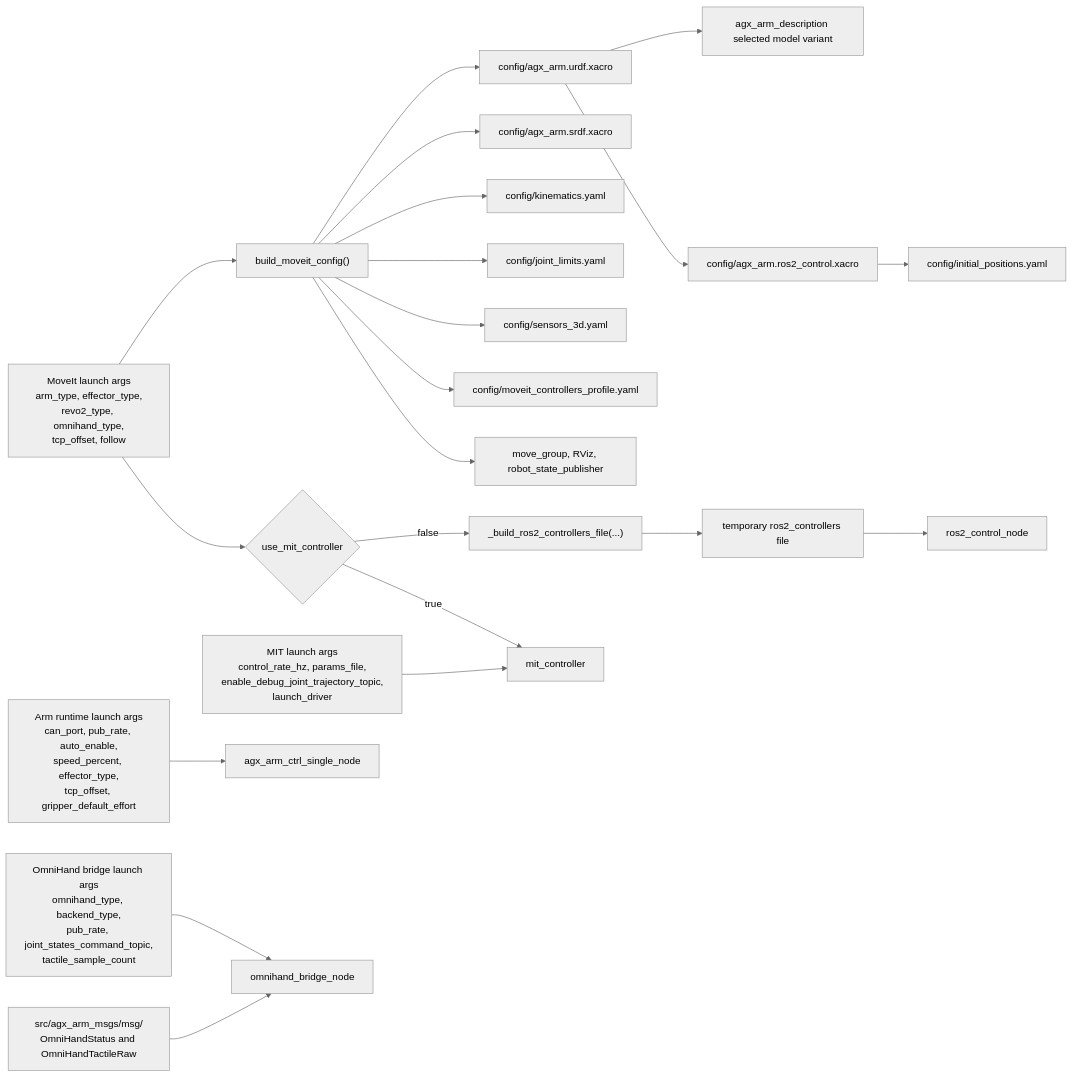
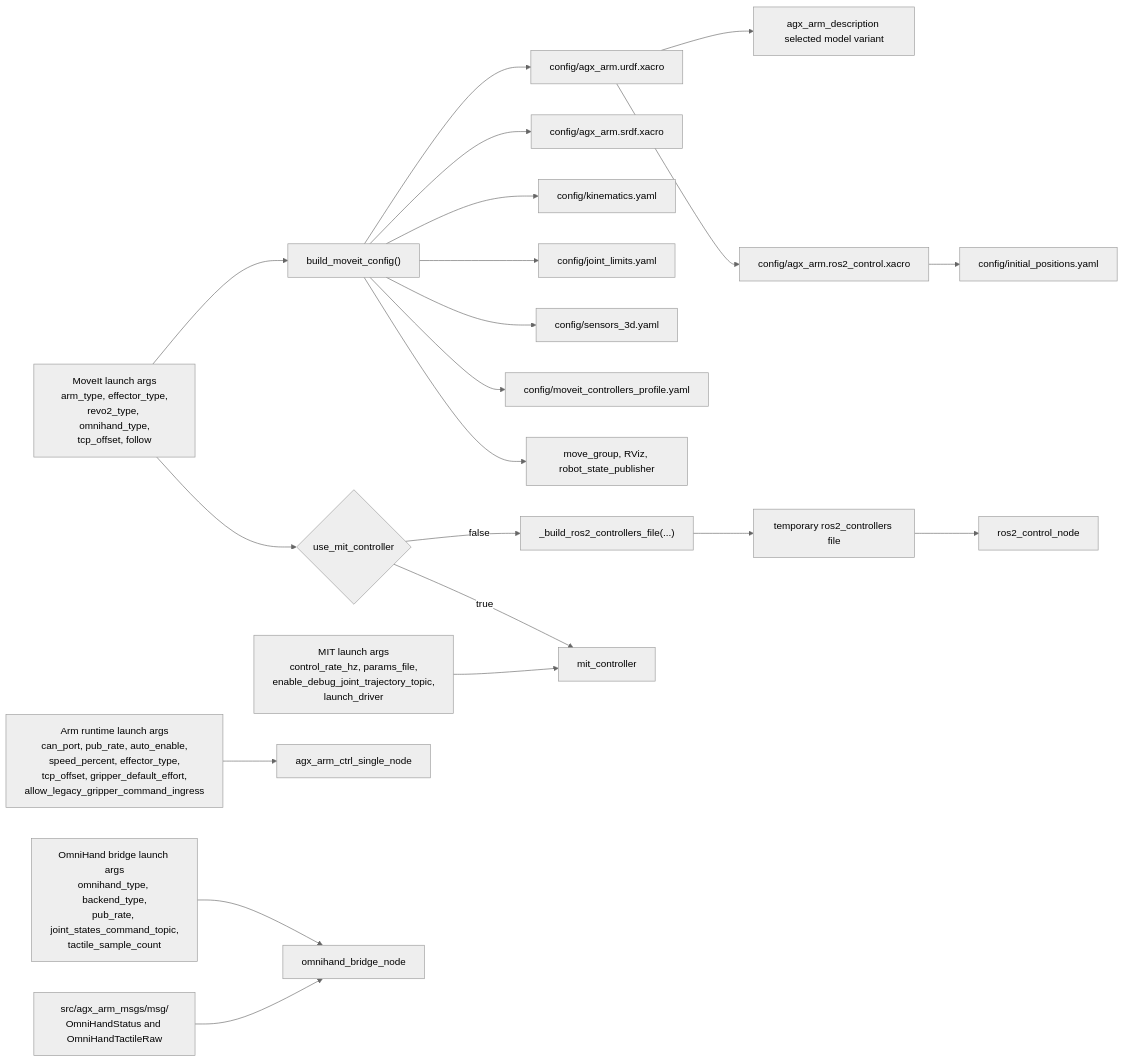
One commit to robyngehler/agx_arm_ros changed the fifth of 5 diagrams in docs/project/architecture.md. Above: the diagram before and after it, drawn with Mermaid (neutral theme). The commit also changed 6 other files, not shown here.

````diff
--- a/docs/project/architecture.md
+++ b/docs/project/architecture.md
@@ -218,29 +218,29 @@
 ```mermaid
 flowchart LR
     MOVEITARGS["MoveIt launch args<br/>arm_type, effector_type,<br/>revo2_type, omnihand_type,<br/>tcp_offset, follow"] --> BUILDER["build_moveit_config()"]
 
     BUILDER --> URDF["config/agx_arm.urdf.xacro"]
     BUILDER --> SRDF["config/agx_arm.srdf.xacro"]
     BUILDER --> KIN["config/kinematics.yaml"]
     BUILDER --> LIMITS["config/joint_limits.yaml"]
     BUILDER --> SENSORS["config/sensors_3d.yaml"]
     BUILDER --> EXEC["config/moveit_controllers_profile.yaml"]
     BUILDER --> MOVEITNODES["move_group, RViz, robot_state_publisher"]
 
     URDF --> DESCPKG["agx_arm_description selected model variant"]
     URDF --> ROS2X["config/agx_arm.ros2_control.xacro"]
     ROS2X --> INIT["config/initial_positions.yaml"]
 
     MOVEITARGS --> MITMODE{"use_mit_controller"}
     MITMODE -- false --> TMPCTRL["_build_ros2_controllers_file(...)"]
     TMPCTRL --> TMPYAML["temporary ros2_controllers file"]
     TMPYAML --> ROS2CTRL["ros2_control_node"]
     MITMODE -- true --> MITNODE["mit_controller"]
 
     MITARGS["MIT launch args<br/>control_rate_hz, params_file,<br/>enable_debug_joint_trajectory_topic,<br/>launch_driver"] --> MITNODE
 
-    ARMARGS["Arm runtime launch args<br/>can_port, pub_rate, auto_enable,<br/>speed_percent, effector_type,<br/>tcp_offset, gripper_default_effort"] --> ARMNODE["agx_arm_ctrl_single_node"]
+    ARMARGS["Arm runtime launch args<br/>can_port, pub_rate, auto_enable,<br/>speed_percent, effector_type,<br/>tcp_offset, gripper_default_effort,<br/>allow_legacy_gripper_command_ingress"] --> ARMNODE["agx_arm_ctrl_single_node"]
 
     HANDARGS["OmniHand bridge launch args<br/>omnihand_type, backend_type,<br/>pub_rate, joint_states_command_topic,<br/>tactile_sample_count"] --> HANDNODE["omnihand_bridge_node"]
     MSGDEFS["src/agx_arm_msgs/msg/<br/>OmniHandStatus and OmniHandTactileRaw"] --> HANDNODE
 ```
````
